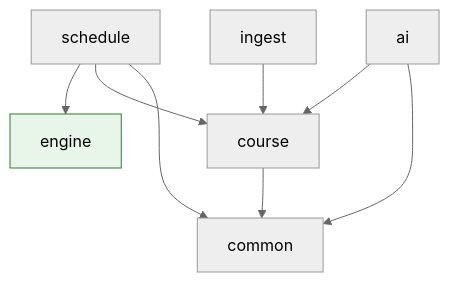
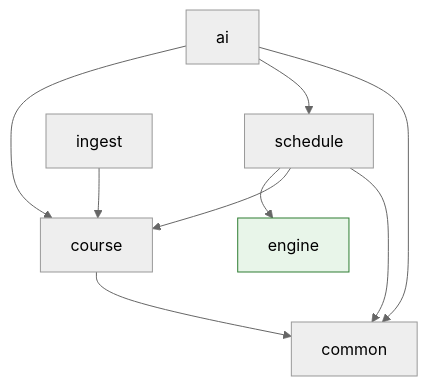
One commit to 04michael4/Hackathon---Registration-AI changed the third of 6 diagrams in docs/architecture.md. Above: the diagram before and after it, drawn with Mermaid (neutral theme). The commit also changed other lines of this file and 46 other files, not shown here.

````diff
--- a/docs/architecture.md
+++ b/docs/architecture.md
@@ -126,12 +126,13 @@
 ```mermaid
 flowchart TD
     schedule --> engine
     schedule --> course
     ai --> course
+    ai --> schedule
     ingest --> course
     course --> common
     schedule --> common
     ai --> common
     engine:::pure
     classDef pure fill:#e8f5e9,stroke:#2e7d32
 ```
````
